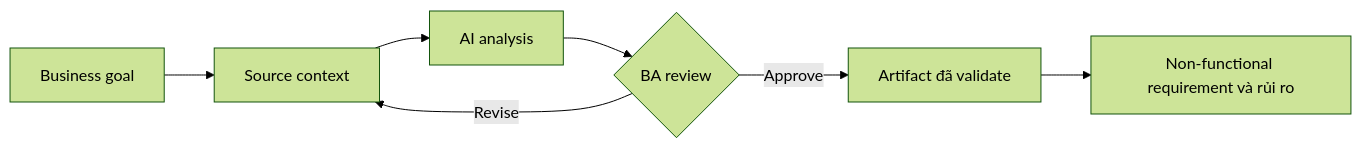
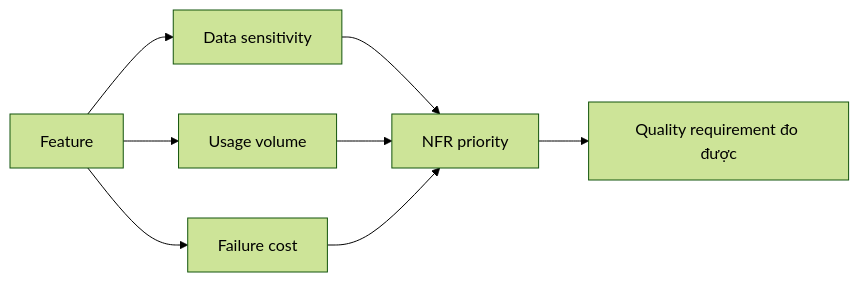
Before and after one commit to anhtnt90dev/ai-for-ba: the diagram in docs/vi/lessons/non-functional-requirements-and-risk/index.md, drawn with Mermaid (forest theme). The commit also changed other lines of this file and 64 other files, not shown here.

````diff
--- a/docs/vi/lessons/non-functional-requirements-and-risk/index.md
+++ b/docs/vi/lessons/non-functional-requirements-and-risk/index.md
@@ -39,9 +38,10 @@
 ```mermaid
 flowchart LR
-    A["Business goal"] --> B["Source context"]
-    B --> C["AI analysis"]
-    C --> D{"BA review"}
-    D -->|"Revise"| B
-    D -->|"Approve"| E["Artifact đã validate"]
-    E --> F["Non-functional requirement và rủi ro"]
+    A["Feature"] --> B["Data sensitivity"]
+    A --> C["Usage volume"]
+    A --> D["Failure cost"]
+    B --> E["NFR priority"]
+    C --> E
+    D --> E
+    E --> F["Quality requirement đo được"]
 ```
````
